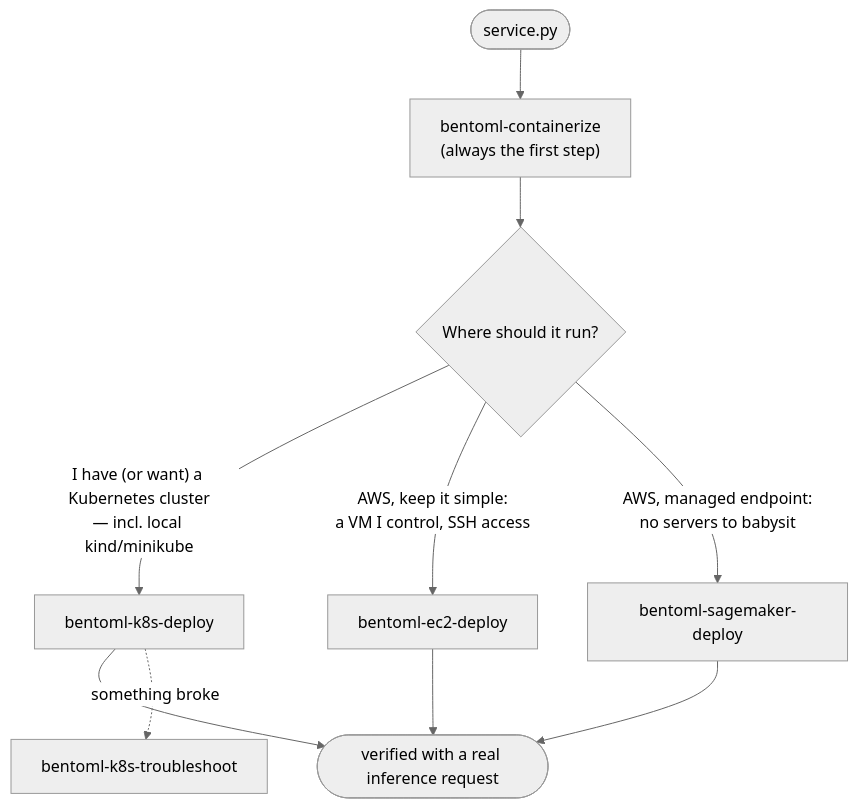
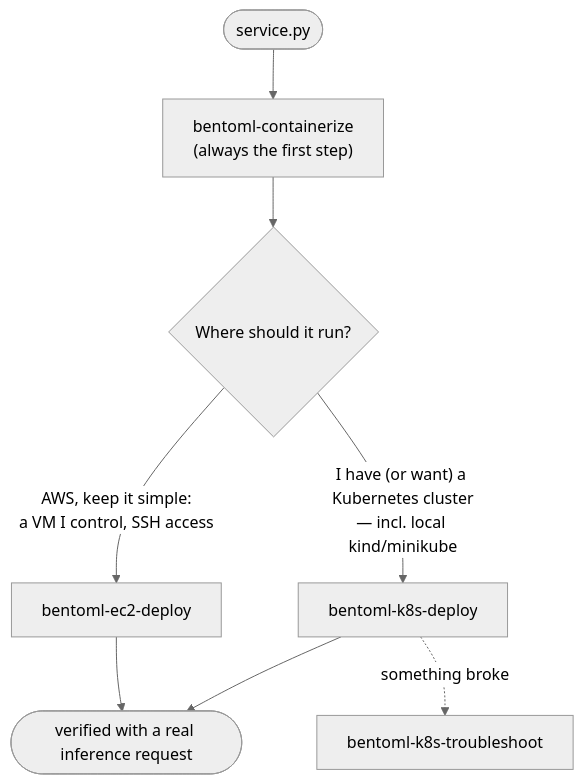
One commit to bentoml/BentoML changed the diagram in .claude/skills/README.md. Above: the diagram before and after it, drawn with Mermaid (neutral theme). The commit also changed other lines of this file and 14 other files, not shown here.

````diff
--- a/.claude/skills/README.md
+++ b/.claude/skills/README.md
@@ -32,12 +31,10 @@
 ```mermaid
 flowchart TD
     S([service.py]) --> C["bentoml-containerize<br/>(always the first step)"]
     C --> Q{Where should it run?}
     Q -->|"I have (or want) a Kubernetes cluster<br/>— incl. local kind/minikube"| K8S["bentoml-k8s-deploy"]
     Q -->|"AWS, keep it simple:<br/>a VM I control, SSH access"| EC2["bentoml-ec2-deploy"]
-    Q -->|"AWS, managed endpoint:<br/>no servers to babysit"| SM["bentoml-sagemaker-deploy"]
     K8S --> V([verified with a real inference request])
     EC2 --> V
-    SM --> V
     K8S -.->|something broke| TS["bentoml-k8s-troubleshoot"]
 ```
````
